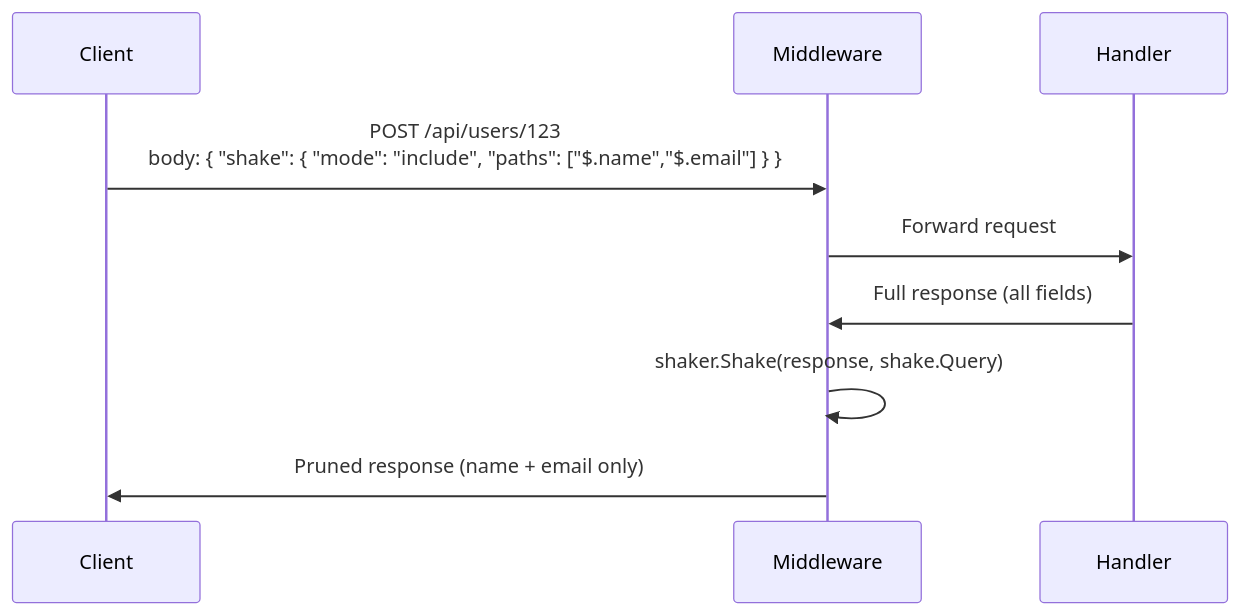
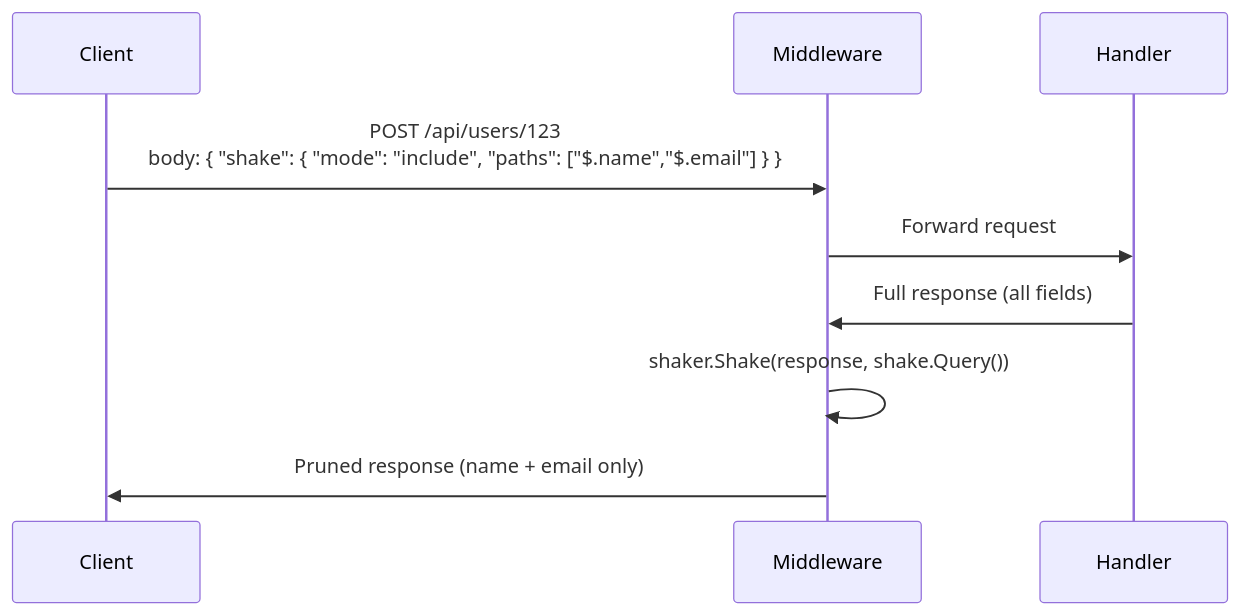
The diagram in docs/examples/rest-middleware.md (manuelibar/tree-shaker), drawn with Mermaid before and after one commit. The commit also changed other lines of this file and 5 other files, not shown here.

````diff
--- a/docs/examples/rest-middleware.md
+++ b/docs/examples/rest-middleware.md
@@ -9,12 +9,12 @@
 ```mermaid
 sequenceDiagram
     participant Client
     participant Middleware
     participant Handler
 
     Client->>Middleware: POST /api/users/123<br/>body: { "shake": { "mode": "include", "paths": ["$.name","$.email"] } }
     Middleware->>Handler: Forward request
     Handler->>Middleware: Full response (all fields)
-    Middleware->>Middleware: shaker.Shake(response, shake.Query)
+    Middleware->>Middleware: shaker.Shake(response, shake.Query())
     Middleware->>Client: Pruned response (name + email only)
 ```
````
